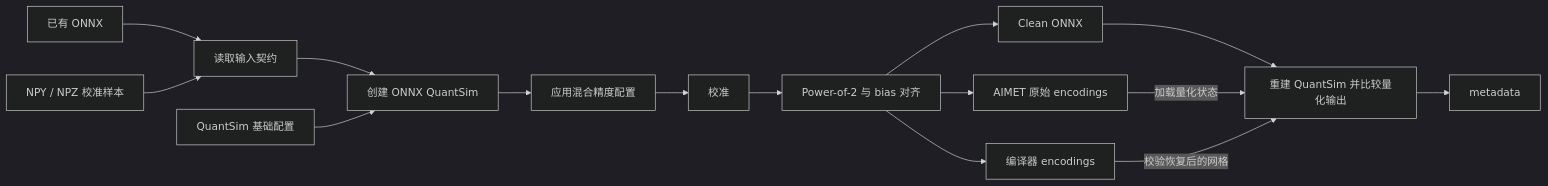
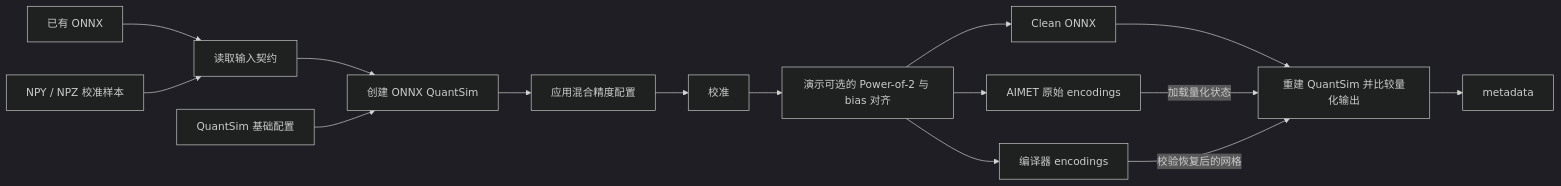
One commit to reexen-tech/rx-met changed the third of 4 diagrams in docs/architecture.md. Above: the diagram before and after it, drawn with Mermaid (dark theme). The commit also changed other lines of this file and 10 other files, not shown here.

````diff
--- a/docs/architecture.md
+++ b/docs/architecture.md
@@ -105,17 +109,17 @@
 ```mermaid
 flowchart LR
     Model[已有 ONNX] --> Inputs[读取输入契约]
     Data[NPY / NPZ 校准样本] --> Inputs
     Inputs --> Sim[创建 ONNX QuantSim]
     BaseConfig[QuantSim 基础配置] --> Sim
     Sim --> MixedConfig[应用混合精度配置]
     MixedConfig --> Calibration[校准]
-    Calibration --> Alignment[Power-of-2 与 bias 对齐]
+    Calibration --> Alignment[演示可选的 Power-of-2 与 bias 对齐]
     Alignment --> Clean[Clean ONNX]
     Alignment --> Raw[AIMET 原始 encodings]
     Alignment --> Compiler[编译器 encodings]
     Clean --> Restore[重建 QuantSim 并比较量化输出]
     Raw -->|加载量化状态| Restore
     Compiler -->|校验恢复后的网格| Restore
     Restore --> Meta[metadata]
 ```
````
